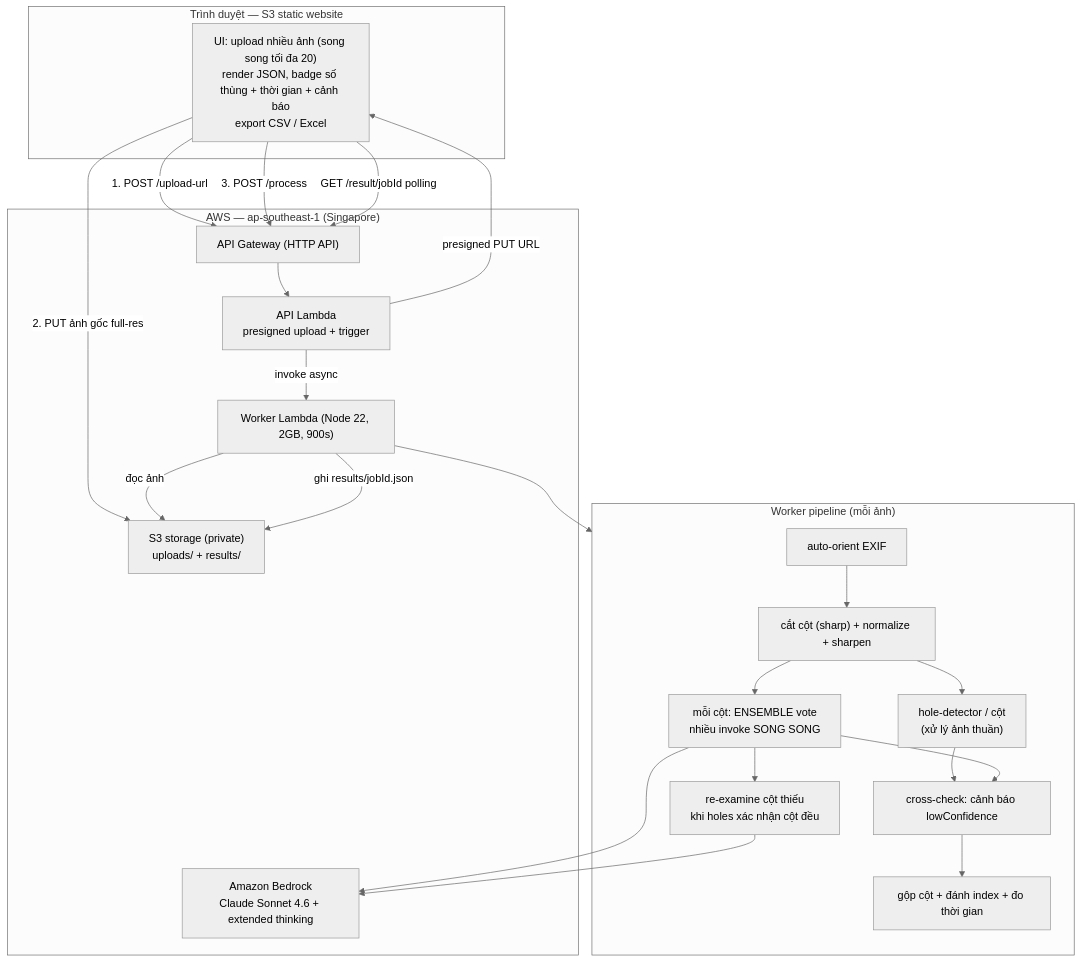
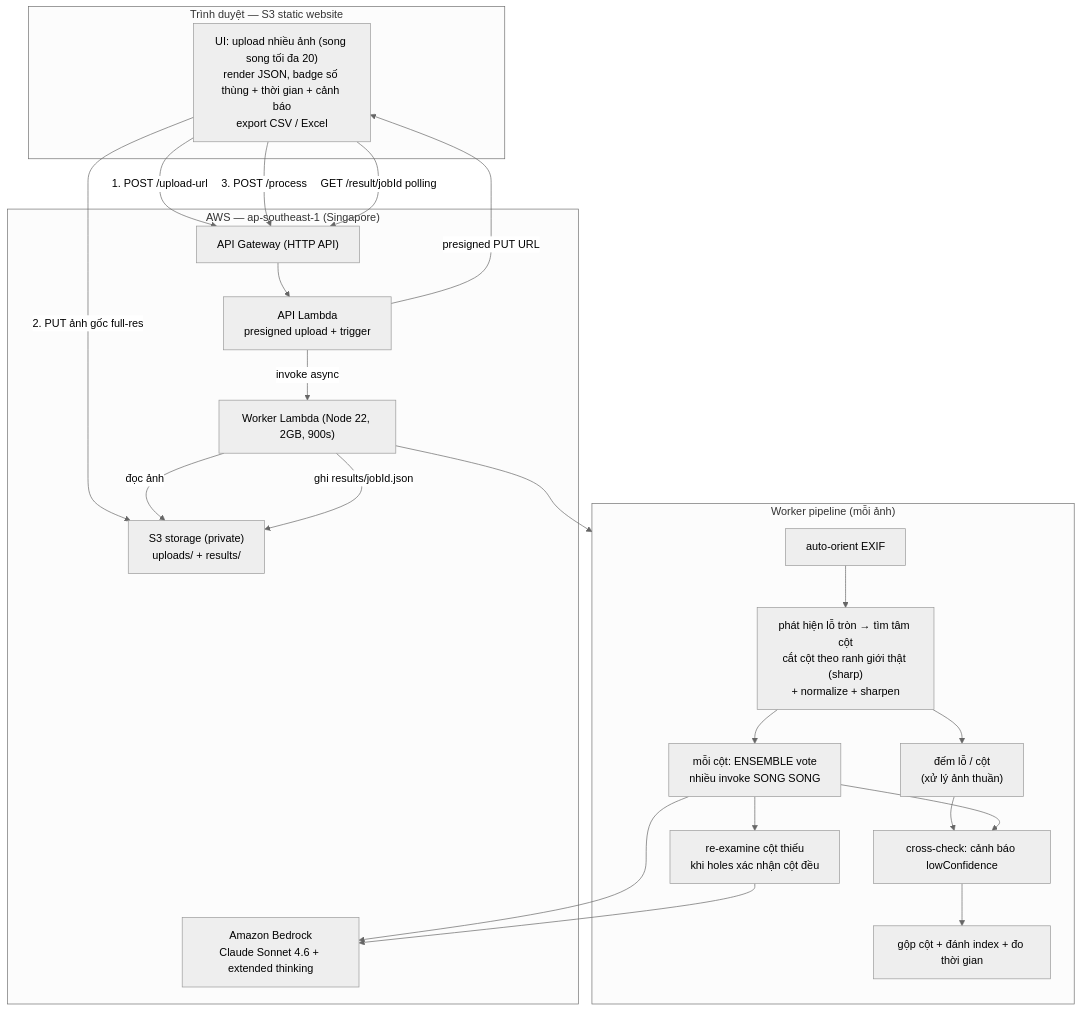
The diagram in README.md (PNg-HA/box-label-extractor), drawn with Mermaid (neutral theme) before and after one commit. The commit also changed other lines of this file and 2 other files, not shown here.

Commit message:
Fix double-count on staggered stacks: derive column cut boundaries from hole-X clustering instead of blind 1/N cuts

````diff
--- a/README.md
+++ b/README.md
@@ -8,37 +8,37 @@
 ```mermaid
 flowchart TD
     subgraph Client["Trình duyệt — S3 static website"]
         UI["UI: upload nhiều ảnh (song song tối đa 20)<br/>render JSON, badge số thùng + thời gian + cảnh báo<br/>export CSV / Excel"]
     end
 
     subgraph AWS["AWS — ap-southeast-1 (Singapore)"]
         APIGW["API Gateway (HTTP API)"]
         APIL["API Lambda<br/>presigned upload + trigger"]
         S3ST["S3 storage (private)<br/>uploads/ + results/"]
         WK["Worker Lambda (Node 22, 2GB, 900s)"]
         BR["Amazon Bedrock<br/>Claude Sonnet 4.6 + extended thinking"]
     end
 
     UI -->|1. POST /upload-url| APIGW --> APIL
     APIL -->|presigned PUT URL| UI
     UI -->|2. PUT ảnh gốc full-res| S3ST
     UI -->|3. POST /process| APIGW
     APIL -->|invoke async| WK
     UI -->|GET /result/jobId polling| APIGW
 
     WK -->|đọc ảnh| S3ST
     WK --> PIPE
     WK -->|ghi results/jobId.json| S3ST
 
     subgraph PIPE["Worker pipeline (mỗi ảnh)"]
-        P1["auto-orient EXIF"] --> P2["cắt cột (sharp) + normalize + sharpen"]
+        P1["auto-orient EXIF"] --> P2["phát hiện lỗ tròn → tìm tâm cột<br/>cắt cột theo ranh giới thật (sharp)<br/>+ normalize + sharpen"]
         P2 --> P3["mỗi cột: ENSEMBLE vote<br/>nhiều invoke SONG SONG"]
         P3 --> BR
-        P2 --> P4["hole-detector / cột<br/>(xử lý ảnh thuần)"]
+        P2 --> P4["đếm lỗ / cột<br/>(xử lý ảnh thuần)"]
         P3 --> P5["re-examine cột thiếu<br/>khi holes xác nhận cột đều"]
         P5 --> BR
         P4 --> P6["cross-check: cảnh báo lowConfidence"]
         P3 --> P6
         P6 --> P7["gộp cột + đánh index + đo thời gian"]
     end
 ```
````
